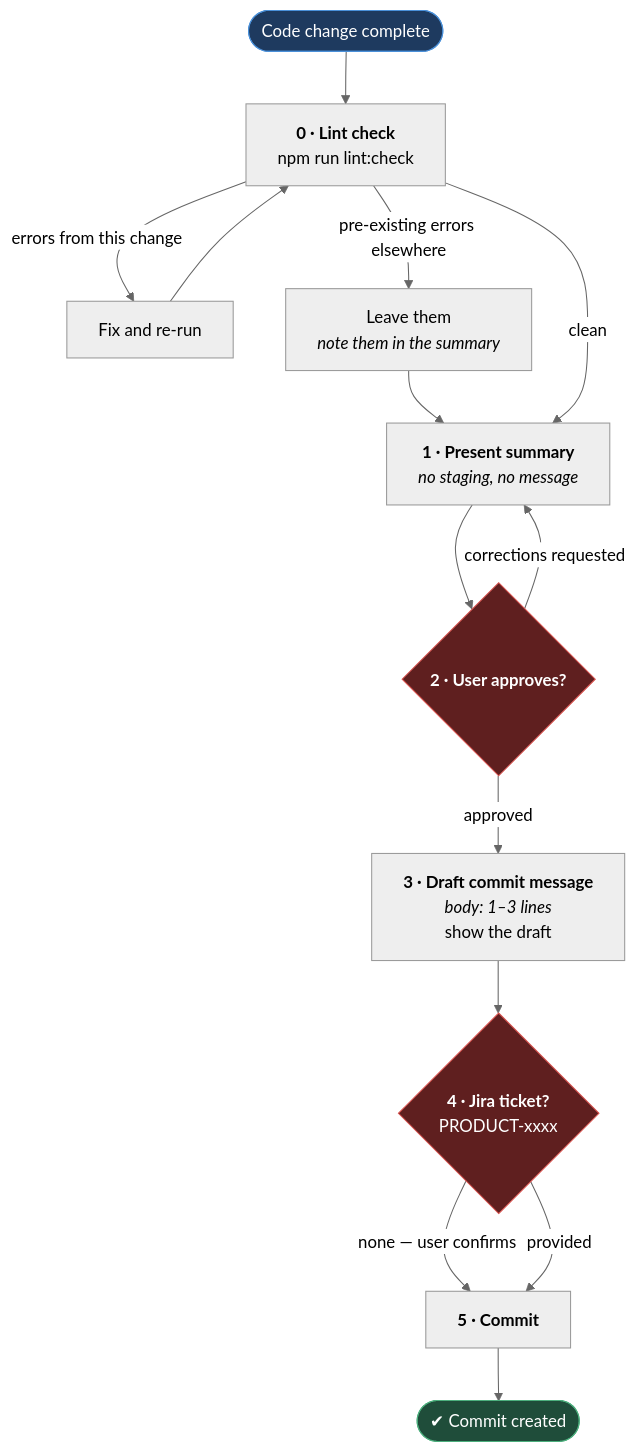
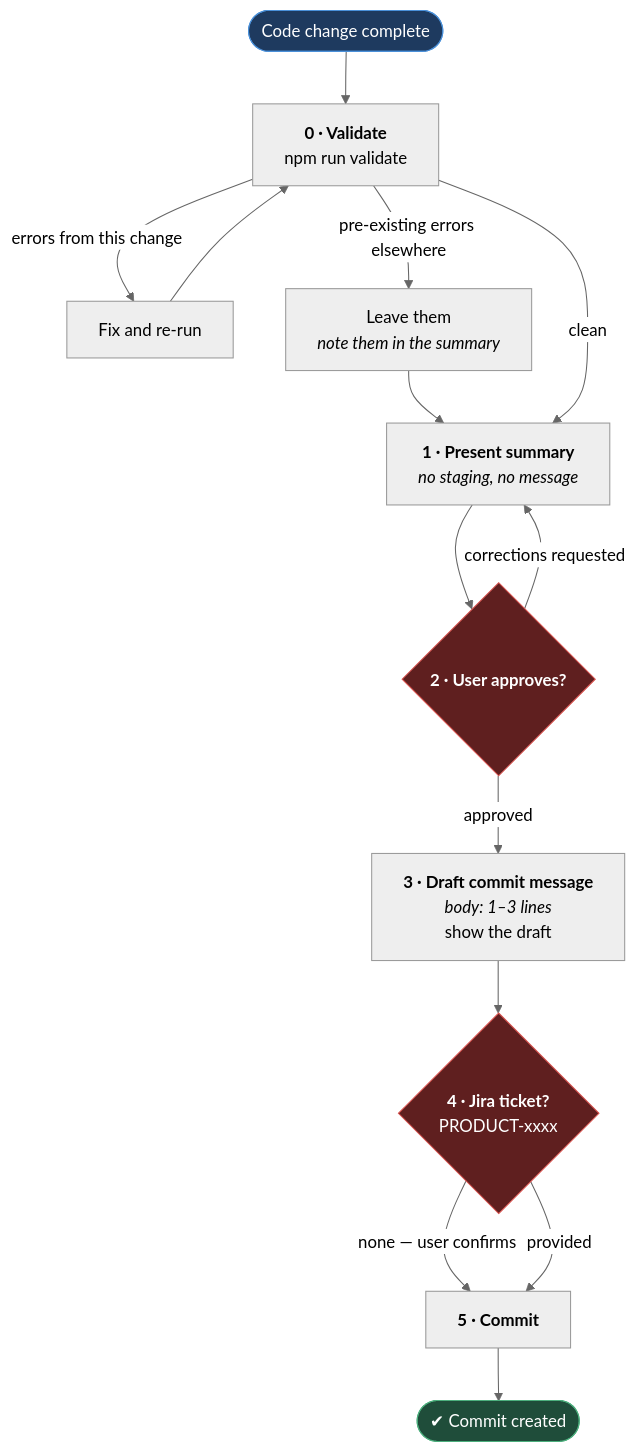
One commit to sinugotshifhiwa4/playwright-ts-automation-framework-codebase changed the diagram in docs/03-rules/COMMIT_WORKFLOW.md. Above: the diagram before and after it, drawn with Mermaid (neutral theme). The commit also changed other lines of this file and 2 other files, not shown here.

First line of the commit message:
fix(scripts): point pretest and docs at the validate script

````diff
--- a/docs/03-rules/COMMIT_WORKFLOW.md
+++ b/docs/03-rules/COMMIT_WORKFLOW.md
@@ -32,23 +32,23 @@
 ```mermaid
 flowchart TD
-    CHANGE(["Code change complete"]) --> S0["<b>0 · Lint check</b><br/>npm run lint:check"]
+    CHANGE(["Code change complete"]) --> S0["<b>0 · Validate</b><br/>npm run validate"]
     S0 -->|"errors from this change"| FIX["Fix and re-run"]
     FIX --> S0
     S0 -->|"pre-existing errors elsewhere"| NOTE["Leave them<br/><i>note them in the summary</i>"]
     NOTE --> S1
     S0 -->|"clean"| S1["<b>1 · Present summary</b><br/><i>no staging, no message</i>"]
 
     S1 --> S2{"<b>2 · User approves?</b>"}
     S2 -->|"corrections requested"| S1
     S2 -->|"approved"| S3["<b>3 · Draft commit message</b><br/><i>body: 1–3 lines</i><br/>show the draft"]
 
     S3 --> S4{"<b>4 · Jira ticket?</b><br/>PRODUCT-xxxx"}
     S4 -->|"none — user confirms"| S5
     S4 -->|"provided"| S5["<b>5 · Commit</b>"]
     S5 --> DONE(["✔ Commit created"])
 
     style CHANGE fill:#1e3a5f,stroke:#4a90d9,color:#fff
     style DONE fill:#1f4d3a,stroke:#4caf7d,color:#fff
     style S2 fill:#5f1f1f,stroke:#d9534f,color:#fff
     style S4 fill:#5f1f1f,stroke:#d9534f,color:#fff
 ```
````
